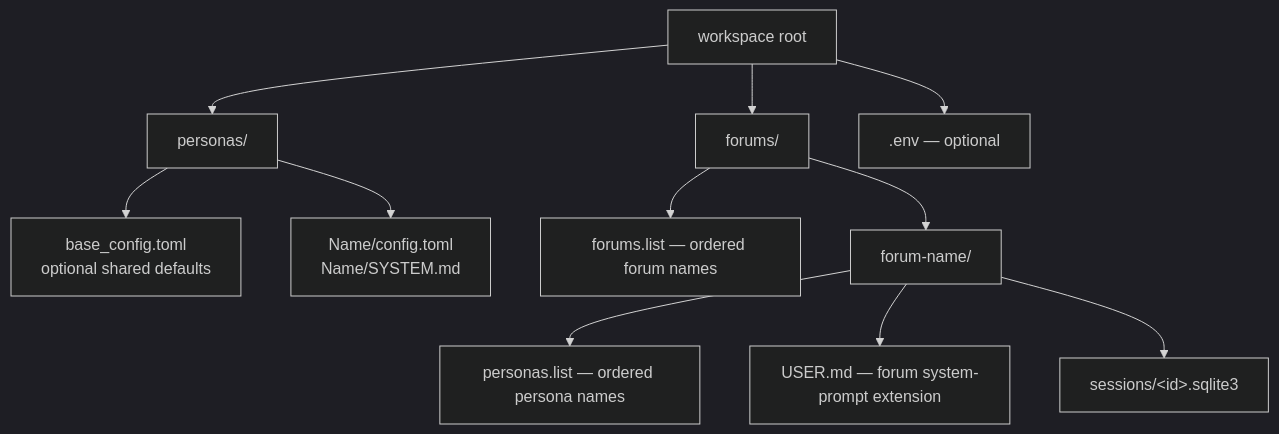
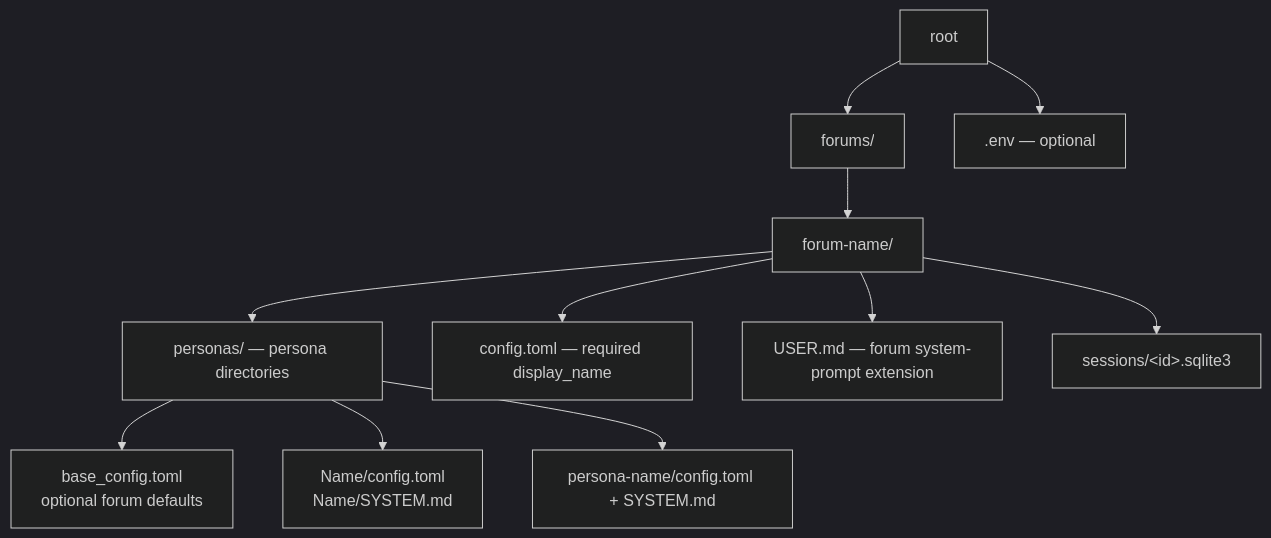
The first of 4 diagrams in src/session/README.md (michaelpopov/cha), drawn with Mermaid (dark theme) before and after one commit. The commit also changed other lines of this file and 37 other files, not shown here.

````diff
--- a/src/session/README.md
+++ b/src/session/README.md
@@ -22,13 +22,13 @@
 ```mermaid
 flowchart TD
-    root["workspace root"] --> personas["personas/"]
     root --> forums["forums/"]
     root --> env[".env — optional"]
-    personas --> base["base_config.toml<br/>optional shared defaults"]
+    personas --> base["base_config.toml<br/>optional forum defaults"]
     personas --> p1["Name/config.toml<br/>Name/SYSTEM.md"]
-    forums --> list["forums.list — ordered forum names"]
     forums --> forum["forum-name/"]
-    forum --> plist["personas.list — ordered persona names"]
+    forum --> config["config.toml — required display_name"]
+    forum --> personas["personas/ — persona directories"]
+    personas --> persona["persona-name/config.toml + SYSTEM.md"]
     forum --> user["USER.md — forum system-prompt extension"]
     forum --> sessions["sessions/&lt;id&gt;.sqlite3"]
 ```
````
